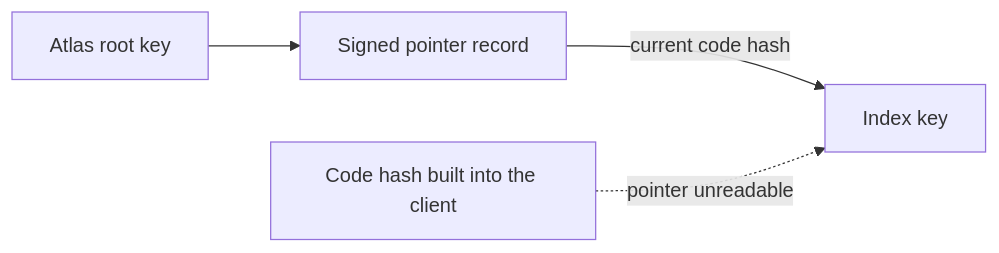
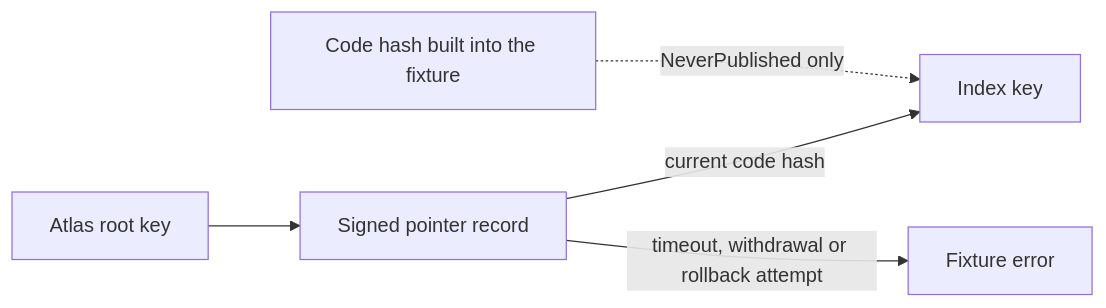
The diagram in 1-freenet-mobile-appkit/09-testing-and-release.md (EVY-Platform/evy-freenet-plans), drawn with Mermaid before and after one commit. The commit also changed other lines of this file and 9 other files, not shown here.

````diff
--- a/1-freenet-mobile-appkit/09-testing-and-release.md
+++ b/1-freenet-mobile-appkit/09-testing-and-release.md
@@ -57,6 +64,7 @@
 ```mermaid
 flowchart LR
   R["Atlas root key"] --> P["Signed pointer record"]
   P -->|"current code hash"| K["Index key"]
-  B["Code hash built into the client"] -.->|"pointer unreadable"| K
+  B["Code hash built into the fixture"] -.->|"NeverPublished only"| K
+  P -->|"timeout, withdrawal or rollback attempt"| E["Fixture error"]
 ```
````
